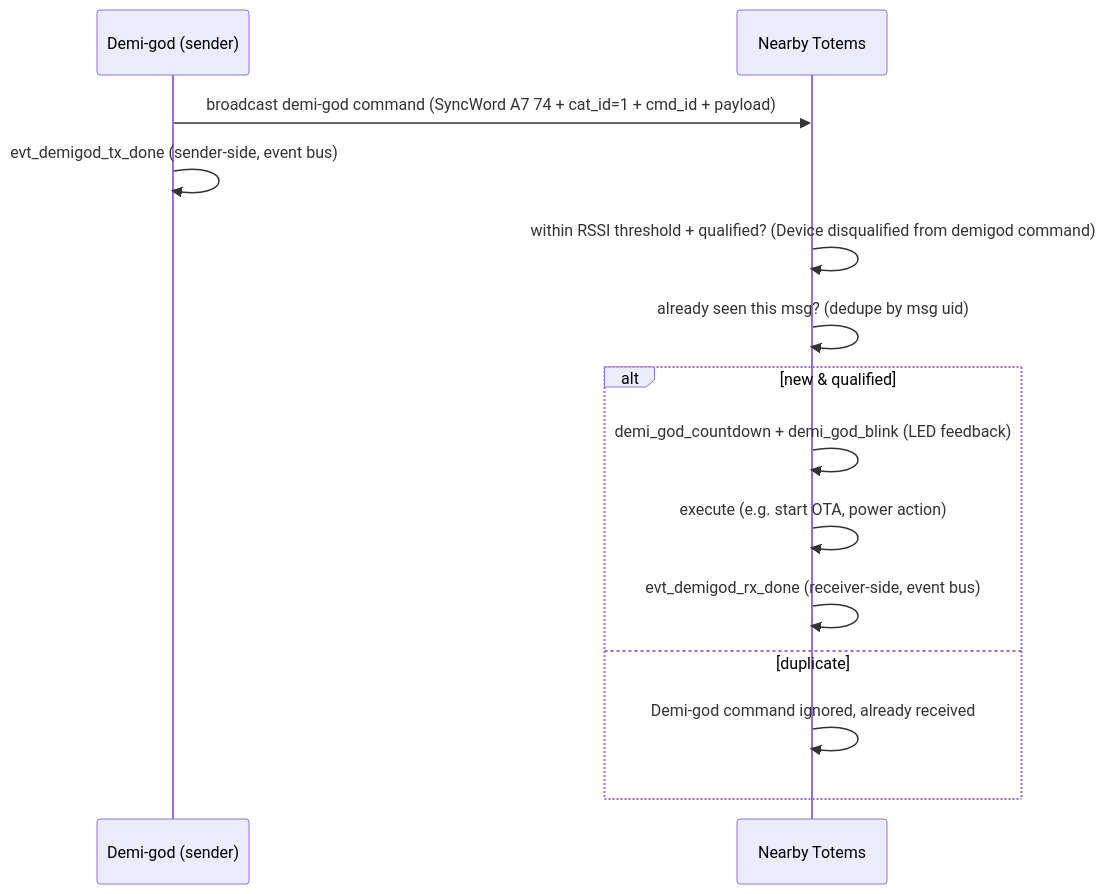
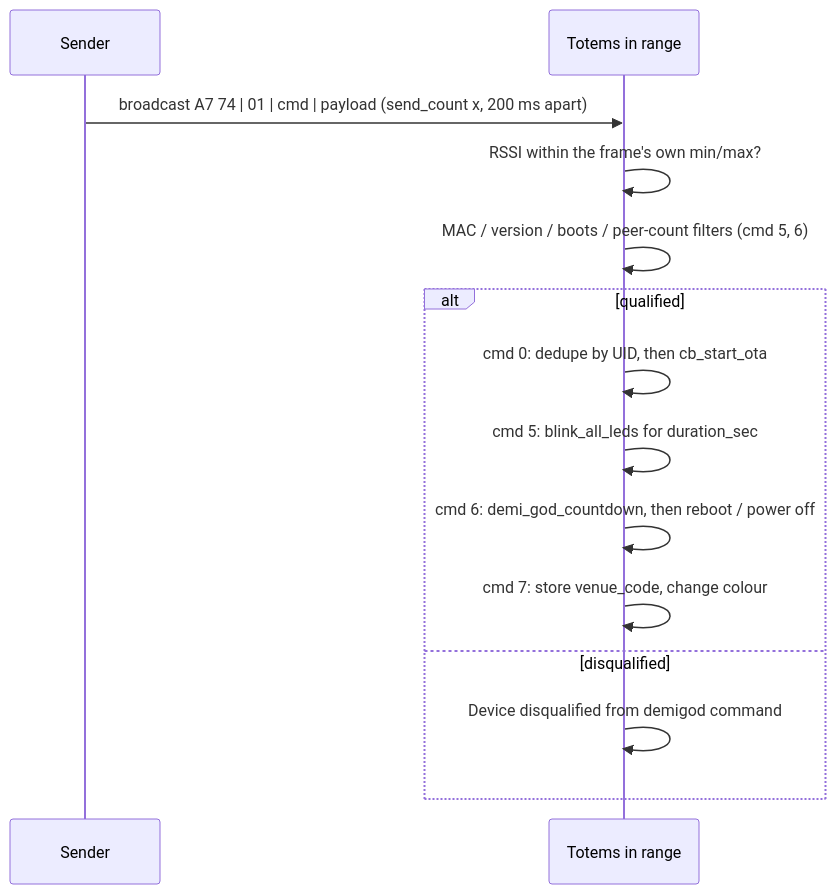
Before and after one commit to ljagiello/totem-compass: the diagram in docs/protocols/demigod.mdx, drawn with Mermaid. The commit also changed other lines of this file and 103 other files, not shown here.

````diff
--- a/docs/protocols/demigod.mdx
+++ b/docs/protocols/demigod.mdx
@@ -50,16 +208,16 @@
 ```mermaid
 sequenceDiagram
-  participant D as Demi-god (sender)
-  participant T as Nearby Totems
-  D->>T: broadcast demi-god command (SyncWord A7 74 + cat_id=1 + cmd_id + payload)
-  D->>D: evt_demigod_tx_done (sender-side, event bus)
-  T->>T: within RSSI threshold + qualified? (Device disqualified from demigod command)
-  T->>T: already seen this msg? (dedupe by msg uid)
-  alt new & qualified
-    T->>T: demi_god_countdown + demi_god_blink (LED feedback)
-    T->>T: execute (e.g. start OTA, power action)
-    T->>T: evt_demigod_rx_done (receiver-side, event bus)
-  else duplicate
-    T->>T: Demi-god command ignored, already received
+  participant D as Sender
+  participant T as Totems in range
+  D->>T: broadcast A7 74 | 01 | cmd | payload (send_count x, 200 ms apart)
+  T->>T: RSSI within the frame's own min/max?
+  T->>T: MAC / version / boots / peer-count filters (cmd 5, 6)
+  alt qualified
+    T->>T: cmd 0: dedupe by UID, then cb_start_ota
+    T->>T: cmd 5: blink_all_leds for duration_sec
+    T->>T: cmd 6: demi_god_countdown, then reboot / power off
+    T->>T: cmd 7: store venue_code, change colour
+  else disqualified
+    T->>T: Device disqualified from demigod command
   end
 ```
````
